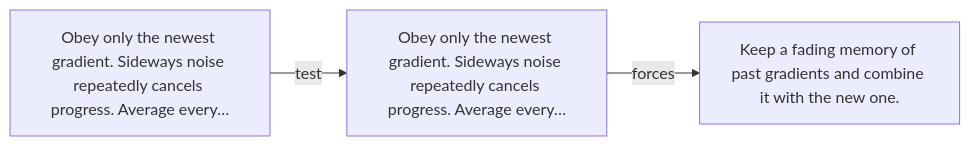
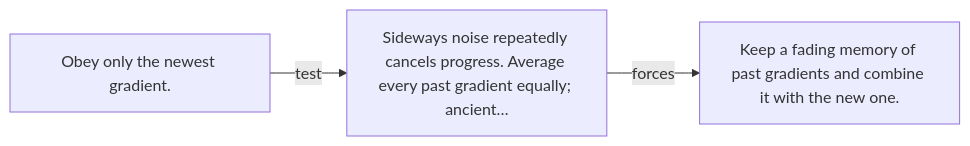
Before and after one commit to kleem-labs/AI-Archaeology: the diagram in excavations/028-momentum/diagram.md, drawn with Mermaid. The commit also changed other lines of this file and 165 other files, not shown here.

````diff
--- a/excavations/028-momentum/diagram.md
+++ b/excavations/028-momentum/diagram.md
@@ -5,5 +5,5 @@
 ```mermaid
 flowchart LR
-    A["Obey only the newest gradient. Sideways noise repeatedly cancels progress. Average every…"] -->|"test"| B["Obey only the newest gradient. Sideways noise repeatedly cancels progress. Average every…"]
+    A["Obey only the newest gradient."] -->|"test"| B["Sideways noise repeatedly cancels progress. Average every past gradient equally; ancient…"]
     B -->|"forces"| C["Keep a fading memory of past gradients and combine it with the new one."]
 ```
````
